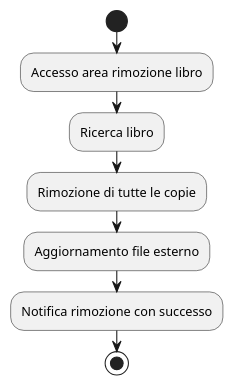
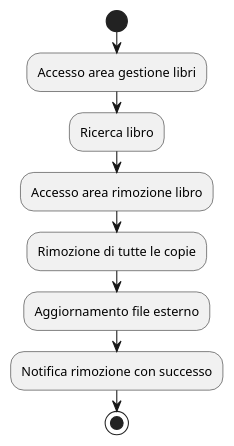
One commit to amalinconico6-cpu/Biblioteca_universitaria_10 changed the diagram in Progettazione/AllDiagramsCode/ActivityDiagramsCode/CancellazioneLibro.wsd. Above: the diagram before and after it, drawn with PlantUML. The commit also changed 19 other files, not shown here.

```diff
--- a/Progettazione/AllDiagramsCode/ActivityDiagramsCode/CancellazioneLibro.wsd
+++ b/Progettazione/AllDiagramsCode/ActivityDiagramsCode/CancellazioneLibro.wsd
@@ -1,9 +1,10 @@
 @startuml CancellazioneLibro 
 start 
+:Accesso area gestione libri;
+:Ricerca libro;
 :Accesso area rimozione libro;
-:Ricerca libro;
 :Rimozione di tutte le copie;
 :Aggiornamento file esterno;
 :Notifica rimozione con successo;
 stop 
 @enduml 
```
